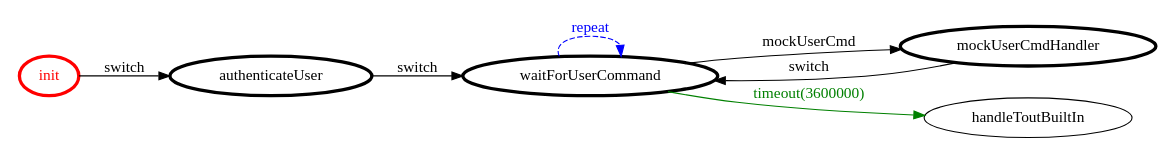
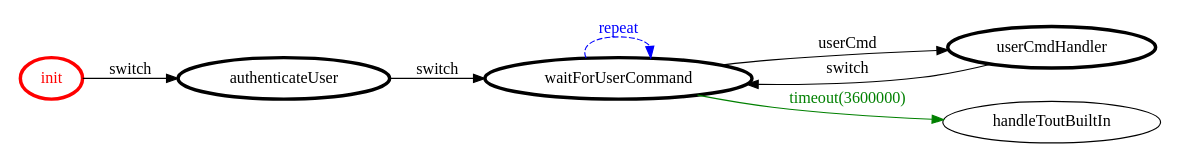
The diagram in it.unibo.reqAnalysis/srcMore/it/unibo/pc/pc.gv (FraGio/iss2018), drawn with Graphviz before and after one commit. The commit also changed 39 other files, not shown here.

```diff
--- a/it.unibo.reqAnalysis/srcMore/it/unibo/pc/pc.gv
+++ b/it.unibo.reqAnalysis/srcMore/it/unibo/pc/pc.gv
@@ -1,23 +1,23 @@
 /*
 *
 * A GraphViz DOT FSM description 
 * Please use a GraphViz visualizer (like http://www.webgraphviz.com)
 *  
 */
 
 digraph finite_state_machine {
 	rankdir=LR
 	size="8,5"
 	
 	init [ color = red ][ fontcolor = red ][ penwidth = 3 ]
-	mockUserCmdHandler [ color = black ][ fontcolor = black ][ penwidth = 3 ]
 	waitForUserCommand [ color = black ][ fontcolor = black ][ penwidth = 3 ]
 	authenticateUser [ color = black ][ fontcolor = black ][ penwidth = 3 ]
+	userCmdHandler [ color = black ][ fontcolor = black ][ penwidth = 3 ]
 	
 	init -> authenticateUser [ label = "switch" ][ color = black ][ fontcolor = black ]
+	userCmdHandler -> waitForUserCommand [ label = "switch" ][ color = black ][ fontcolor = black ]
 	authenticateUser -> waitForUserCommand [ label = "switch" ][ color = black ][ fontcolor = black ]
 	waitForUserCommand -> handleToutBuiltIn [ label = "timeout(3600000)" ][ color = green ][ fontcolor = green ]
+	waitForUserCommand -> userCmdHandler [ label = "userCmd" ][ color = black ][ fontcolor = black ]
 	waitForUserCommand -> waitForUserCommand [ label = "repeat "][ style = dashed ][ color = blue ][ fontcolor = blue ]
-	mockUserCmdHandler -> waitForUserCommand [ label = "switch" ][ color = black ][ fontcolor = black ]
-	waitForUserCommand -> mockUserCmdHandler [ label = "mockUserCmd" ][ color = black ][ fontcolor = black ]
 }
```
